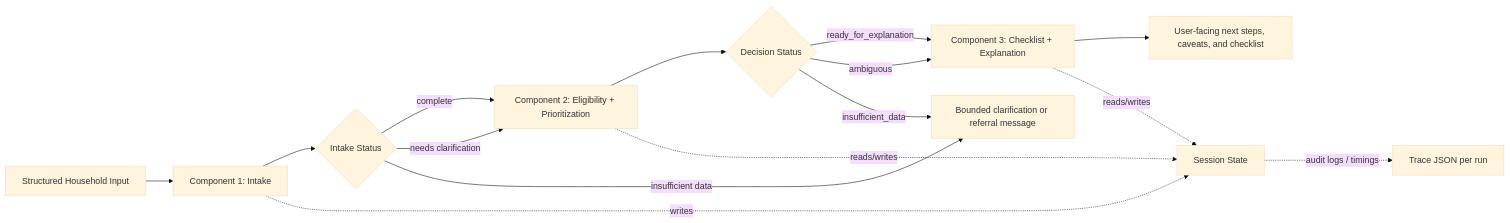
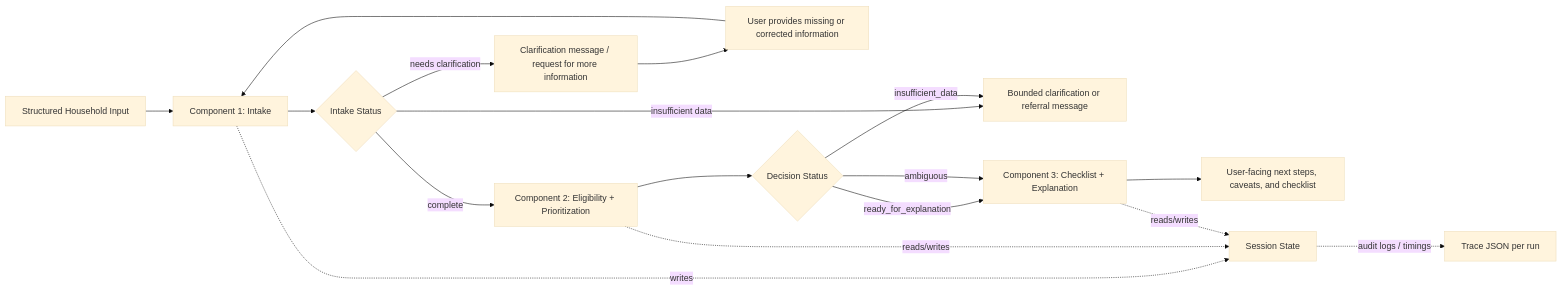
One commit to torqueda/allegheny-benefits-navigator changed the diagram in docs/PHASE2_PACKET.md. Above: the diagram before and after it, drawn with Mermaid (base theme). The commit also changed other lines of this file, not shown here.

Commit message:
Update Phase 2 architecture diagram flow

````diff
--- a/docs/PHASE2_PACKET.md
+++ b/docs/PHASE2_PACKET.md
@@ -16,17 +16,19 @@
 ```mermaid
 flowchart LR
     A["Structured Household Input"] --> B["Component 1: Intake"]
     B --> C{"Intake Status"}
     C -->|"complete"| D["Component 2: Eligibility + Prioritization"]
-    C -->|"needs clarification"| D
-    C -->|"insufficient data"| G["Bounded clarification or referral message"]
+    C -->|"needs clarification"| G["Clarification message / request for more information"]
+    G --> H["User provides missing or corrected information"]
+    H --> B
+    C -->|"insufficient data"| I["Bounded clarification or referral message"]
     D --> E{"Decision Status"}
     E -->|"ready_for_explanation"| F["Component 3: Checklist + Explanation"]
     E -->|"ambiguous"| F
-    E -->|"insufficient_data"| G
-    F --> H["User-facing next steps, caveats, and checklist"]
-    B -. writes .-> I["Session State"]
-    D -. reads/writes .-> I
-    F -. reads/writes .-> I
-    I -. audit logs / timings .-> J["Trace JSON per run"]
+    E -->|"insufficient_data"| I
+    F --> J["User-facing next steps, caveats, and checklist"]
+    B -. writes .-> S["Session State"]
+    D -. reads/writes .-> S
+    F -. reads/writes .-> S
+    S -. audit logs / timings .-> K["Trace JSON per run"]
 ```
````
